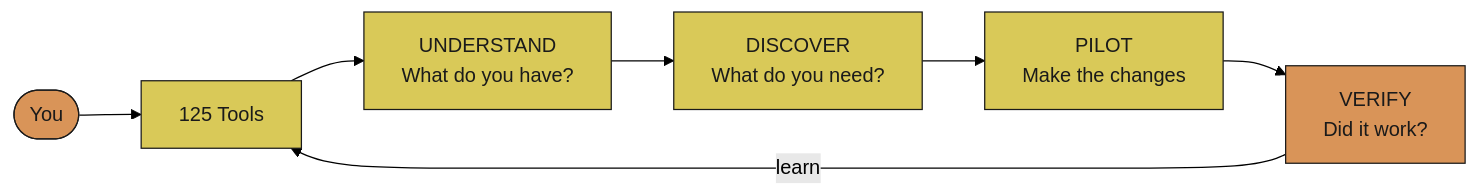
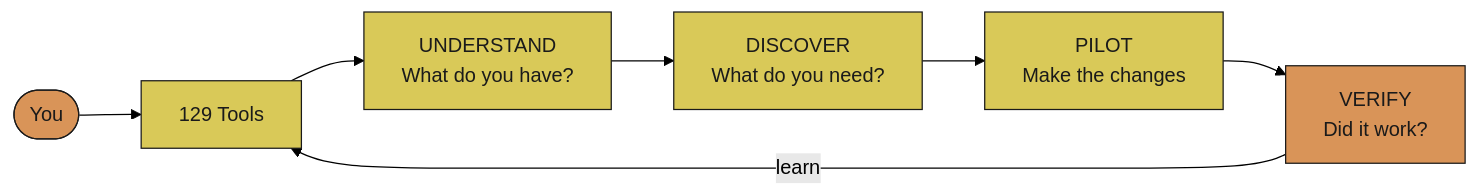
One commit to JosephOIbrahim/Comfy-Cozy changed the eighth of 33 diagrams in README.md. Above: the diagram before and after it, drawn with Mermaid (forest theme). The commit also changed other lines of this file, not shown here.

````diff
--- a/README.md
+++ b/README.md
@@ -560,14 +560,14 @@
 ```mermaid
 graph LR
-    You([You]) --> Agent[125 Tools]
+    You([You]) --> Agent[129 Tools]
     Agent --> Understand[UNDERSTAND<br/>What do you have?]
     Understand --> Discover[DISCOVER<br/>What do you need?]
     Discover --> Pilot[PILOT<br/>Make the changes]
     Pilot --> Verify[VERIFY<br/>Did it work?]
     Verify -->|learn| Agent
 
     classDef orange fill:#d99458,color:#1a1a1a,stroke:#1a1a1a
     classDef yellow fill:#d9c958,color:#1a1a1a,stroke:#1a1a1a
     class You,Verify orange
     class Understand,Discover,Pilot,Agent yellow
 ```
````
